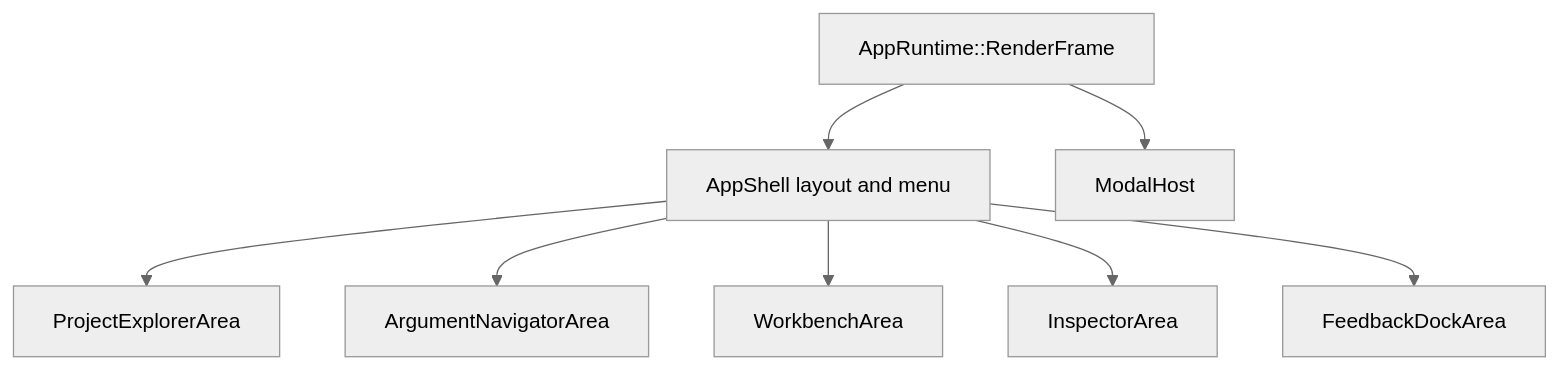
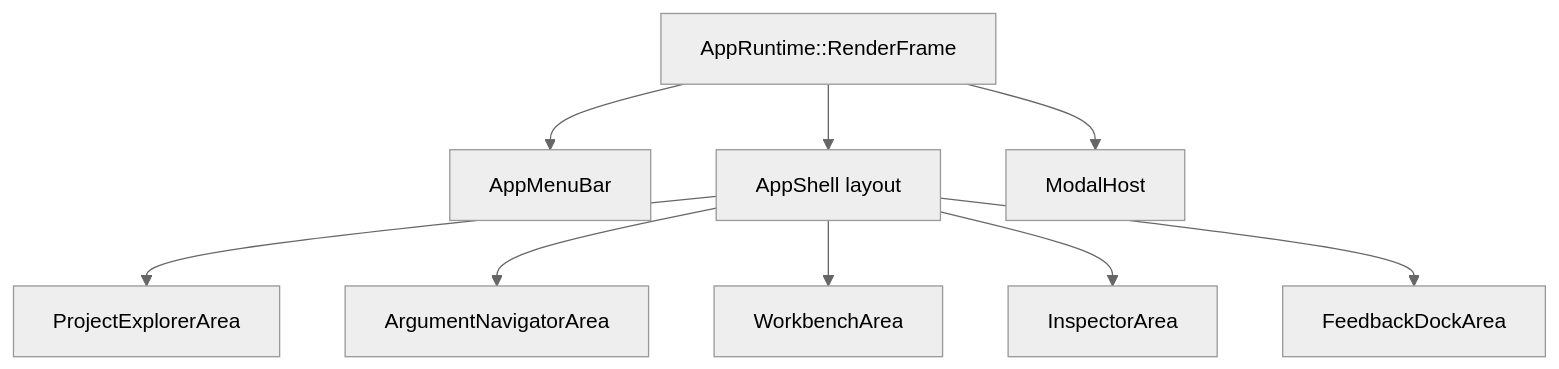
The first of 2 diagrams in docs/architecture/app-shell.md (lasrod/assurance-forge), drawn with Mermaid (neutral theme) before and after one commit. The commit also changed other lines of this file and 12 other files, not shown here.

````diff
--- a/docs/architecture/app-shell.md
+++ b/docs/architecture/app-shell.md
@@ -21,10 +21,11 @@
 ```mermaid
 flowchart TD
-    Runtime[AppRuntime::RenderFrame] --> Shell[AppShell layout and menu]
+    Runtime[AppRuntime::RenderFrame] --> MenuBar[AppMenuBar]
+    Runtime --> Shell[AppShell layout]
     Shell --> ProjectExplorer[ProjectExplorerArea]
     Shell --> ArgumentNavigator[ArgumentNavigatorArea]
     Shell --> Workbench[WorkbenchArea]
     Shell --> Inspector[InspectorArea]
     Shell --> FeedbackDock[FeedbackDockArea]
     Runtime --> ModalHost[ModalHost]
 ```
````
